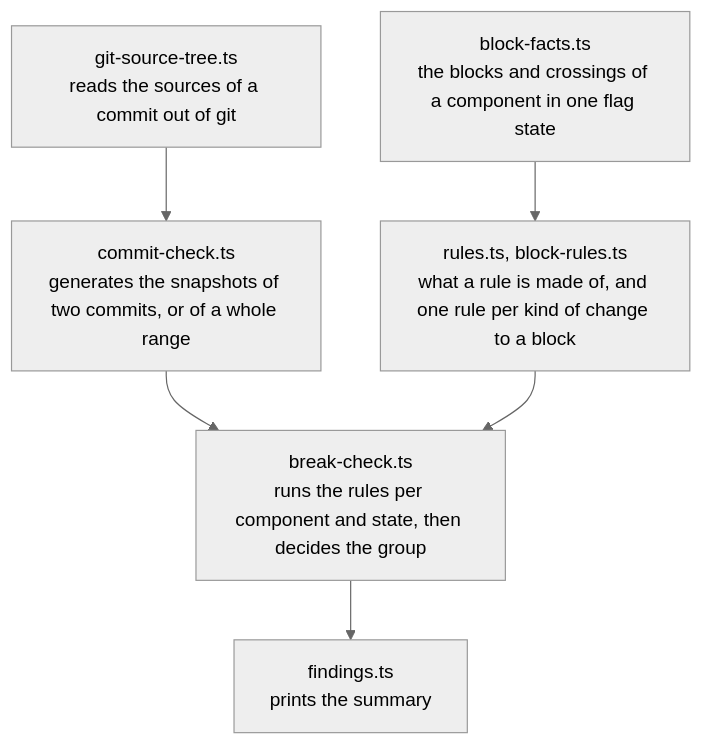
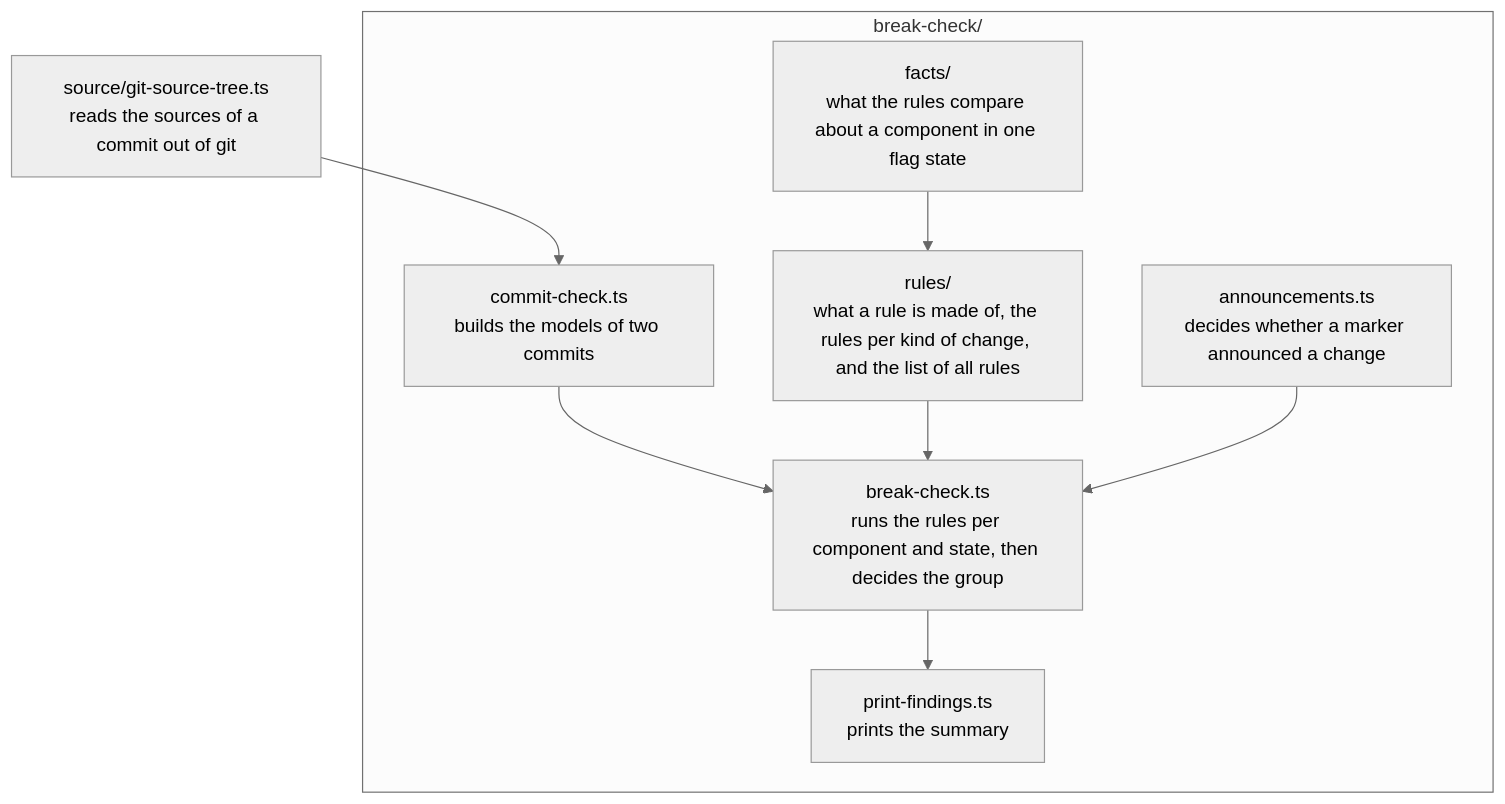
Before and after one commit to shopware/administration: the second of 2 diagrams in Resources/app/administration/scripts/generate-public-api/README.md, drawn with Mermaid (neutral theme). The commit also changed other lines of this file and 1440 other files, not shown here.

````diff
--- a/Resources/app/administration/scripts/generate-public-api/README.md
+++ b/Resources/app/administration/scripts/generate-public-api/README.md
@@ -56,12 +101,16 @@
 ```mermaid
 flowchart TD
-    git["git-source-tree.ts<br/>reads the sources of a commit out of git"]
-    commits["commit-check.ts<br/>generates the snapshots of two commits, or of a whole range"]
-    facts["block-facts.ts<br/>the blocks and crossings of a component in one flag state"]
-    rules["rules.ts, block-rules.ts<br/>what a rule is made of, and one rule per kind of change to a block"]
-    check["break-check.ts<br/>runs the rules per component and state, then decides the group"]
-    findings["findings.ts<br/>prints the summary"]
+    git["source/git-source-tree.ts<br/>reads the sources of a commit out of git"]
+    subgraph check["break-check/"]
+        commits["commit-check.ts<br/>builds the models of two commits"]
+        facts["facts/<br/>what the rules compare about a component in one flag state"]
+        rules["rules/<br/>what a rule is made of, the rules per kind of change, and the list of all rules"]
+        classify["break-check.ts<br/>runs the rules per component and state, then decides the group"]
+        announced["announcements.ts<br/>decides whether a marker announced a change"]
+        print["print-findings.ts<br/>prints the summary"]
+    end
 
-    git --> commits --> check
-    facts --> rules --> check --> findings
+    git --> commits --> classify
+    facts --> rules --> classify --> print
+    announced --> classify
 ```
````
